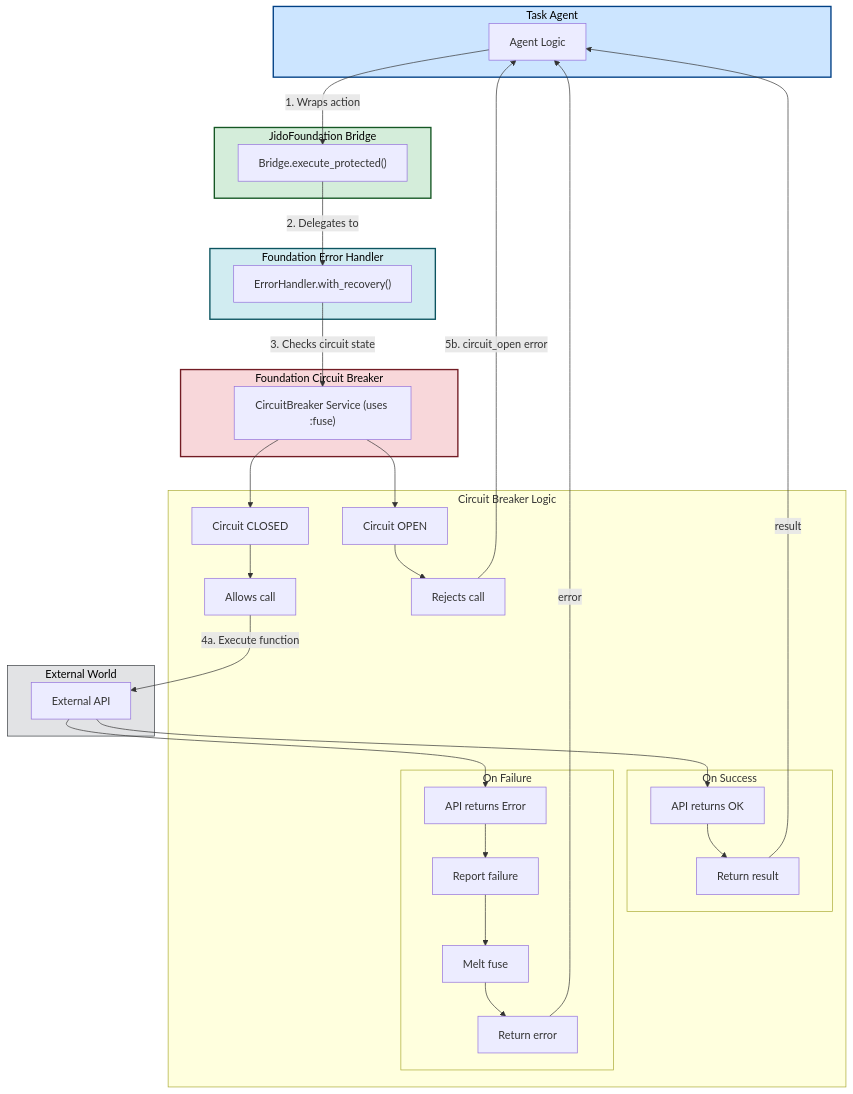
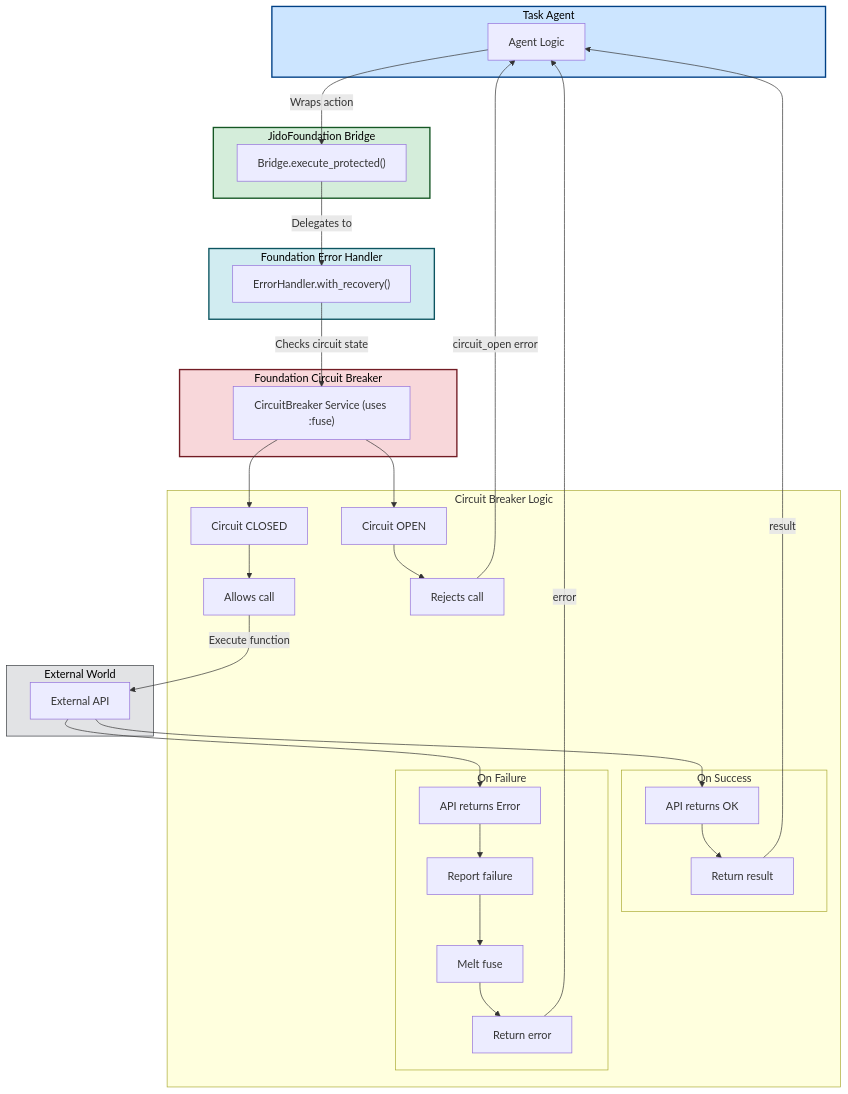
One commit to nshkrdotcom/foundation changed the third of 10 diagrams in DIAGS_20250629.md. Above: the diagram before and after it, drawn with Mermaid. The commit also changed other lines of this file and 14 other files, not shown here.

````diff
--- a/DIAGS_20250629.md
+++ b/DIAGS_20250629.md
@@ -110,71 +110,71 @@
 ```mermaid
 graph TD
     subgraph Agent["Task Agent"]
         TA["Agent Logic"]
     end
 
     subgraph Bridge["JidoFoundation Bridge"]
         JFB["Bridge.execute_protected()"]
     end
 
     subgraph ErrorHandling["Foundation Error Handler"]
         FEH["ErrorHandler.with_recovery()"]
     end
 
     subgraph CircuitBreakerService["Foundation Circuit Breaker"]
         FCB["CircuitBreaker Service (uses :fuse)"]
     end
 
     subgraph External["External World"]
         API["External API"]
     end
 
     subgraph CBLogic["Circuit Breaker Logic"]
         CBClosed["Circuit CLOSED"]
         CBOpen["Circuit OPEN"]
         CBAllows["Allows call"]
         CBRejects["Rejects call"]
         
         subgraph SuccessPath["On Success"]
             APISuccess["API returns OK"]
             ReturnResult["Return result"]
         end
         
         subgraph FailurePath["On Failure"]
             APIError["API returns Error"]
             ReportFailure["Report failure"]
             MeltFuse["Melt fuse"]
             ReturnError["Return error"]
         end
     end
 
-    TA -->|1. Wraps action| JFB
-    JFB -->|2. Delegates to| FEH
-    FEH -->|3. Checks circuit state| FCB
+    TA -->|Wraps action| JFB
+    JFB -->|Delegates to| FEH
+    FEH -->|Checks circuit state| FCB
     
     FCB --> CBClosed
     FCB --> CBOpen
     
     CBClosed --> CBAllows
     CBOpen --> CBRejects
     
-    CBAllows -->|4a. Execute function| API
+    CBAllows -->|Execute function| API
     API --> APISuccess
     API --> APIError
     
     APISuccess --> ReturnResult
     ReturnResult -->|result| TA
     
     APIError --> ReportFailure
     ReportFailure --> MeltFuse
     MeltFuse --> ReturnError
     ReturnError -->|error| TA
     
-    CBRejects -->|5b. circuit_open error| TA
+    CBRejects -->|circuit_open error| TA
     
     style Agent fill:#cce5ff,stroke:#004085,stroke-width:2px,color:#000
     style Bridge fill:#d4edda,stroke:#155724,stroke-width:2px,color:#000
     style ErrorHandling fill:#d1ecf1,stroke:#0c5460,stroke-width:2px,color:#000
     style CircuitBreakerService fill:#f8d7da,stroke:#721c24,stroke-width:2px,color:#000
     style External fill:#e2e3e5,stroke:#383d41,stroke-width:1px,color:#000
 ```
````
